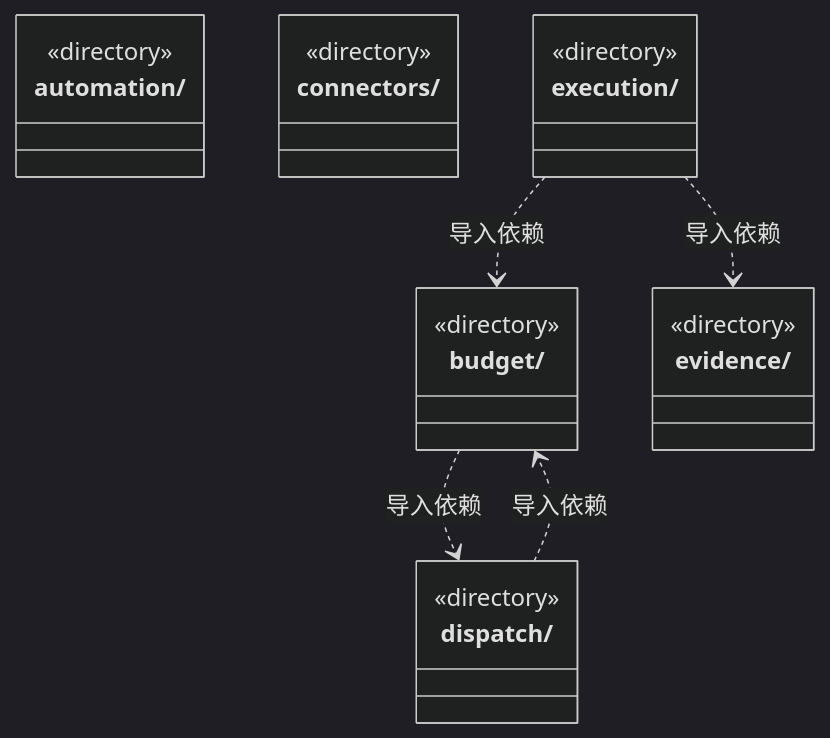
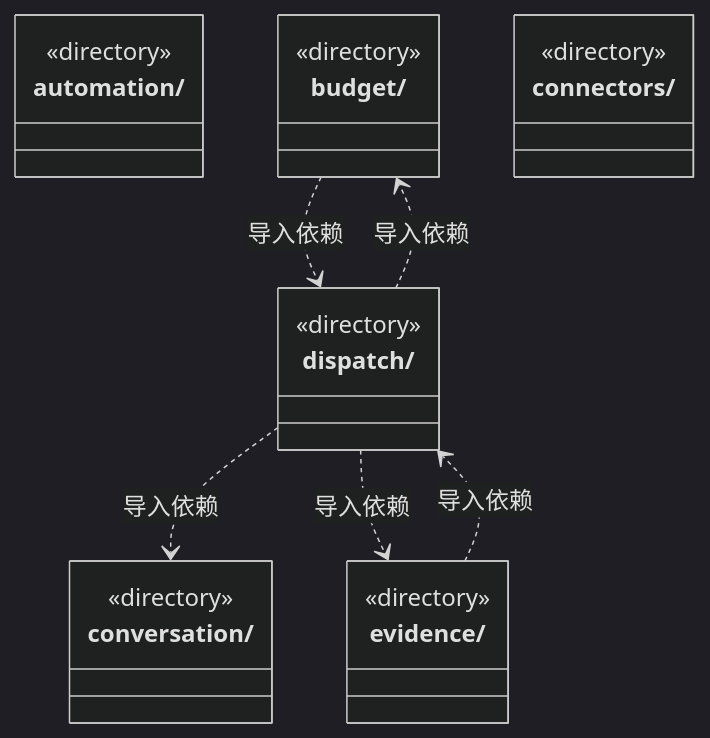
The first of 4 diagrams in src/logic/ARCHITECTURE.md (nan023062/cbim), drawn with Mermaid (dark theme) before and after one commit. The commit also changed other lines of this file and 456 other files, not shown here.

````diff
--- a/src/logic/ARCHITECTURE.md
+++ b/src/logic/ARCHITECTURE.md
@@ -15,25 +15,26 @@
 ```mermaid
 classDiagram
 class N_src_logic_automation["automation/"] {
   <<directory>>
 }
 class N_src_logic_budget["budget/"] {
   <<directory>>
 }
 class N_src_logic_connectors["connectors/"] {
   <<directory>>
 }
+class N_src_logic_conversation["conversation/"] {
+  <<directory>>
+}
 class N_src_logic_dispatch["dispatch/"] {
   <<directory>>
 }
 class N_src_logic_evidence["evidence/"] {
   <<directory>>
 }
-class N_src_logic_execution["execution/"] {
-  <<directory>>
-}
 N_src_logic_budget ..> N_src_logic_dispatch : 导入依赖
 N_src_logic_dispatch ..> N_src_logic_budget : 导入依赖
-N_src_logic_execution ..> N_src_logic_evidence : 导入依赖
-N_src_logic_execution ..> N_src_logic_budget : 导入依赖
+N_src_logic_dispatch ..> N_src_logic_conversation : 导入依赖
+N_src_logic_dispatch ..> N_src_logic_evidence : 导入依赖
+N_src_logic_evidence ..> N_src_logic_dispatch : 导入依赖
 ```
````
